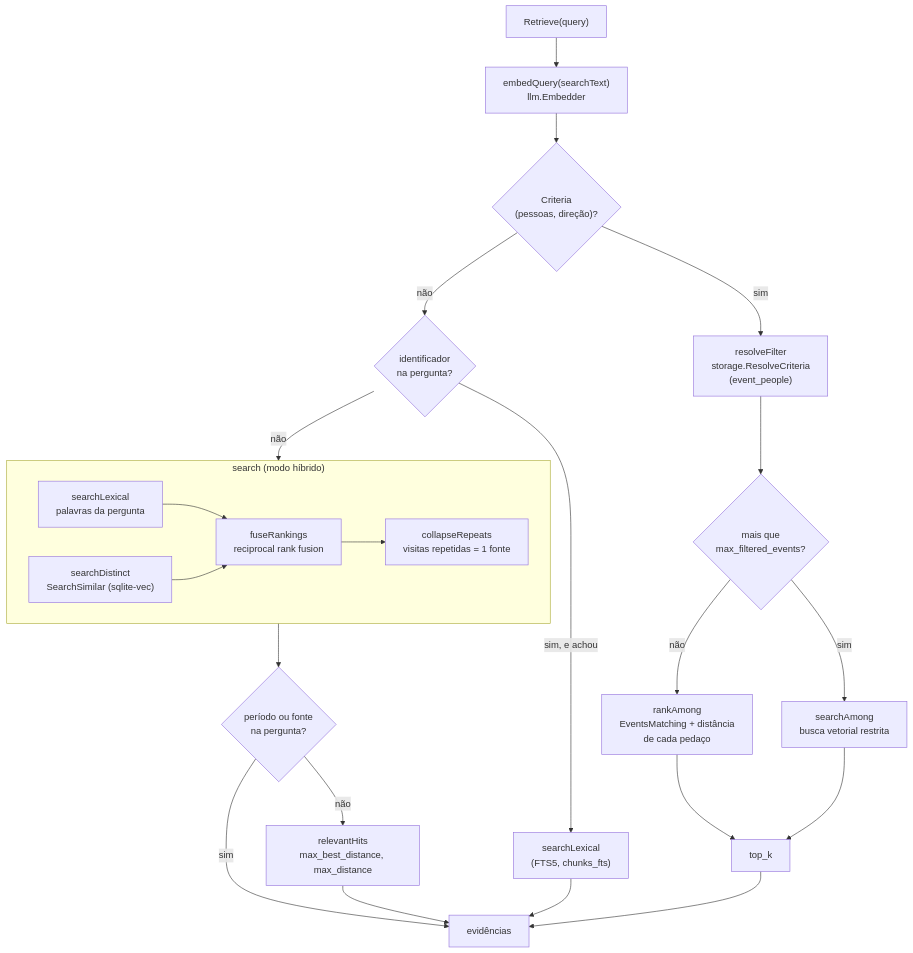
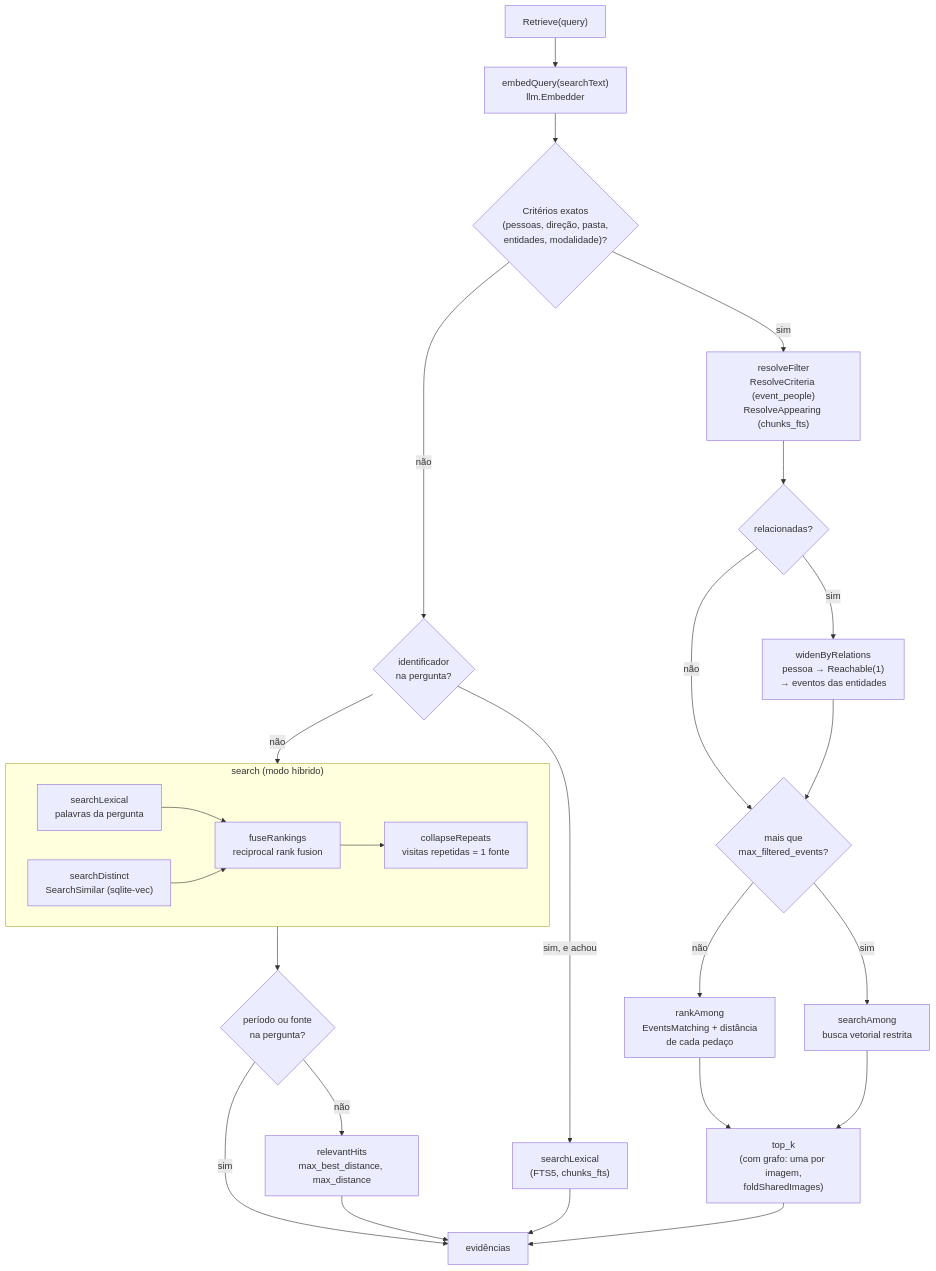
Before and after one commit to Chipskein/cade: the ninth of 12 diagrams in docs/ARCHITECTURE.md, drawn with Mermaid. The commit also changed other lines of this file and 5 other files, not shown here.

First line of the commit message:
docs: the graph search in USECASES, ARCHITECTURE, BENCHMARKS and ROADMAP (#24)

````diff
--- a/docs/ARCHITECTURE.md
+++ b/docs/ARCHITECTURE.md
@@ -402,33 +402,36 @@
 ```mermaid
 flowchart TD
     start["Retrieve(query)"] --> embed["embedQuery(searchText)<br/>llm.Embedder"]
-    embed --> criteria{"Criteria<br/>(pessoas, direção)?"}
+    embed --> criteria{"Critérios exatos<br/>(pessoas, direção, pasta,<br/>entidades, modalidade)?"}
 
-    criteria -->|sim| resolve["resolveFilter<br/>storage.ResolveCriteria<br/>(event_people)"]
-    resolve --> many{"mais que<br/>max_filtered_events?"}
+    criteria -->|sim| resolve["resolveFilter<br/>ResolveCriteria (event_people)<br/>ResolveAppearing (chunks_fts)"]
+    resolve --> related{"relacionadas?"}
+    related -->|sim| widen["widenByRelations<br/>pessoa → Reachable(1)<br/>→ eventos das entidades"]
+    related -->|não| many
+    widen --> many{"mais que<br/>max_filtered_events?"}
     many -->|não| rankAmong["rankAmong<br/>EventsMatching + distância<br/>de cada pedaço"]
     many -->|sim| searchAmong["searchAmong<br/>busca vetorial restrita"]
-    rankAmong --> topk1["top_k"]
+    rankAmong --> topk1["top_k<br/>(com grafo: uma por imagem,<br/>foldSharedImages)"]
     searchAmong --> topk1
 
     criteria -->|não| ident{"identificador<br/>na pergunta?"}
     ident -->|"sim, e achou"| lexId["searchLexical<br/>(FTS5, chunks_fts)"]
     ident -->|não| hybrid
 
     subgraph hybrid["search (modo híbrido)"]
         lex["searchLexical<br/>palavras da pergunta"]
         vec["searchDistinct<br/>SearchSimilar (sqlite-vec)"]
         fuse["fuseRankings<br/>reciprocal rank fusion"]
         repeats["collapseRepeats<br/>visitas repetidas = 1 fonte"]
         lex --> fuse
         vec --> fuse
         fuse --> repeats
     end
 
     hybrid --> scoped{"período ou fonte<br/>na pergunta?"}
     scoped -->|sim| out["evidências"]
     scoped -->|não| gates["relevantHits<br/>max_best_distance, max_distance"]
     gates --> out
     lexId --> out
     topk1 --> out
 ```
````
